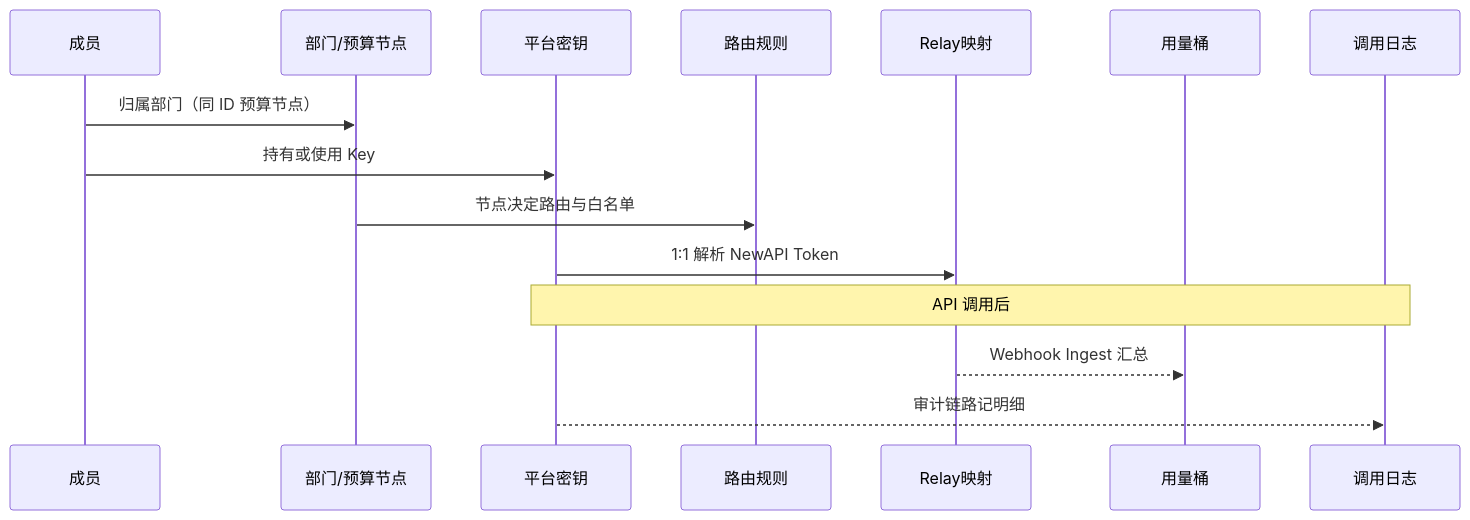
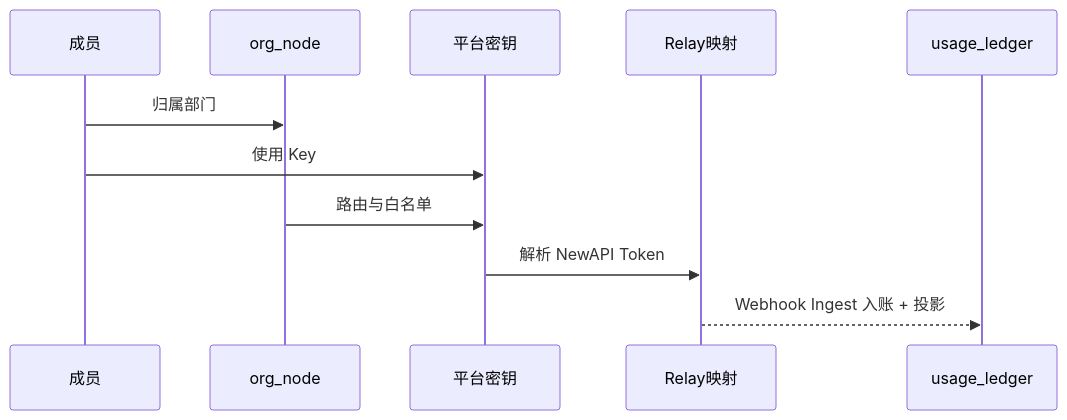
The tenth of 10 diagrams in docs/Backend-存储架构.md (quyip8818/mytokenjoy), drawn with Mermaid before and after one commit. The commit also changed other lines of this file and 132 other files, not shown here.

````diff
--- a/docs/Backend-存储架构.md
+++ b/docs/Backend-存储架构.md
@@ -363,18 +318,14 @@
 ```mermaid
 sequenceDiagram
   participant M as 成员
-  participant D as 部门/预算节点
+  participant N as org_node
   participant PK as 平台密钥
-  participant RR as 路由规则
   participant RM as Relay映射
-  participant UB as 用量桶
-  participant CL as 调用日志
+  participant UL as usage_ledger
 
-  M->>D: 归属部门（同 ID 预算节点）
-  M->>PK: 持有或使用 Key
-  D->>RR: 节点决定路由与白名单
-  PK->>RM: 1:1 解析 NewAPI Token
-  Note over PK,CL: API 调用后
-  RM-->>UB: Webhook Ingest 汇总
-  PK-->>CL: 审计链路记明细
+  M->>N: 归属部门
+  M->>PK: 使用 Key
+  N->>PK: 路由与白名单
+  PK->>RM: 解析 NewAPI Token
+  RM-->>UL: Webhook Ingest 入账 + 投影
 ```
````
